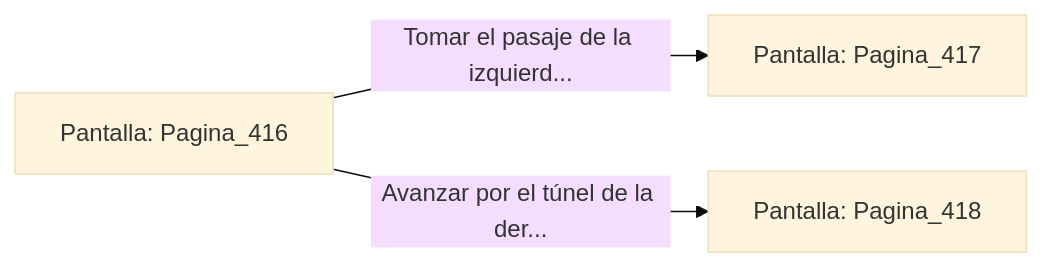
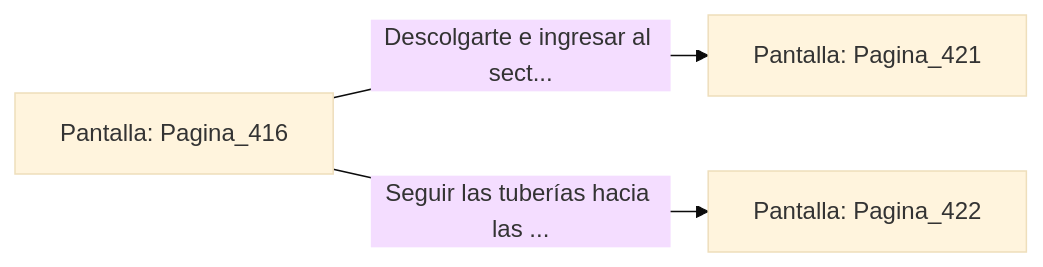
The diagram in sample/eligejuego-vault/Pantalla_Pagina_416.md (metsuke/mpl), drawn with Mermaid (base theme) before and after one commit. The commit also changed other lines of this file and 635 other files, not shown here.

First line of the commit message:
fix: añadir Pagina_1 como pantalla inicial en capitulo_01.mpl

````diff
--- a/sample/eligejuego-vault/Pantalla_Pagina_416.md
+++ b/sample/eligejuego-vault/Pantalla_Pagina_416.md
@@ -20,6 +22,6 @@
 ```mermaid
 graph LR
     P_Pagina_416["Pantalla: Pagina_416"]
-    P_Pagina_416 -->|"Tomar el pasaje de la izquierd..."| P_Pagina_417["Pantalla: Pagina_417"]
-    P_Pagina_416 -->|"Avanzar por el túnel de la der..."| P_Pagina_418["Pantalla: Pagina_418"]
+    P_Pagina_416 -->|"Descolgarte e ingresar al sect..."| P_Pagina_421["Pantalla: Pagina_421"]
+    P_Pagina_416 -->|"Seguir las tuberías hacia las ..."| P_Pagina_422["Pantalla: Pagina_422"]
 ```
````
